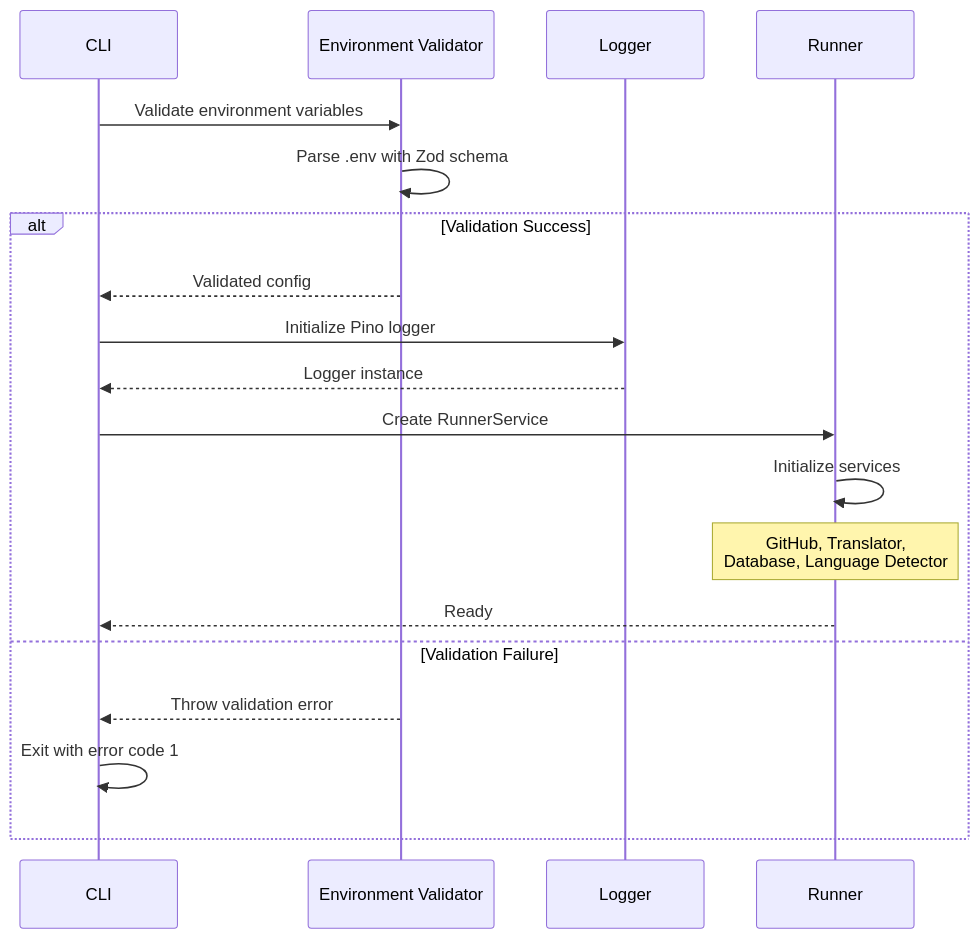
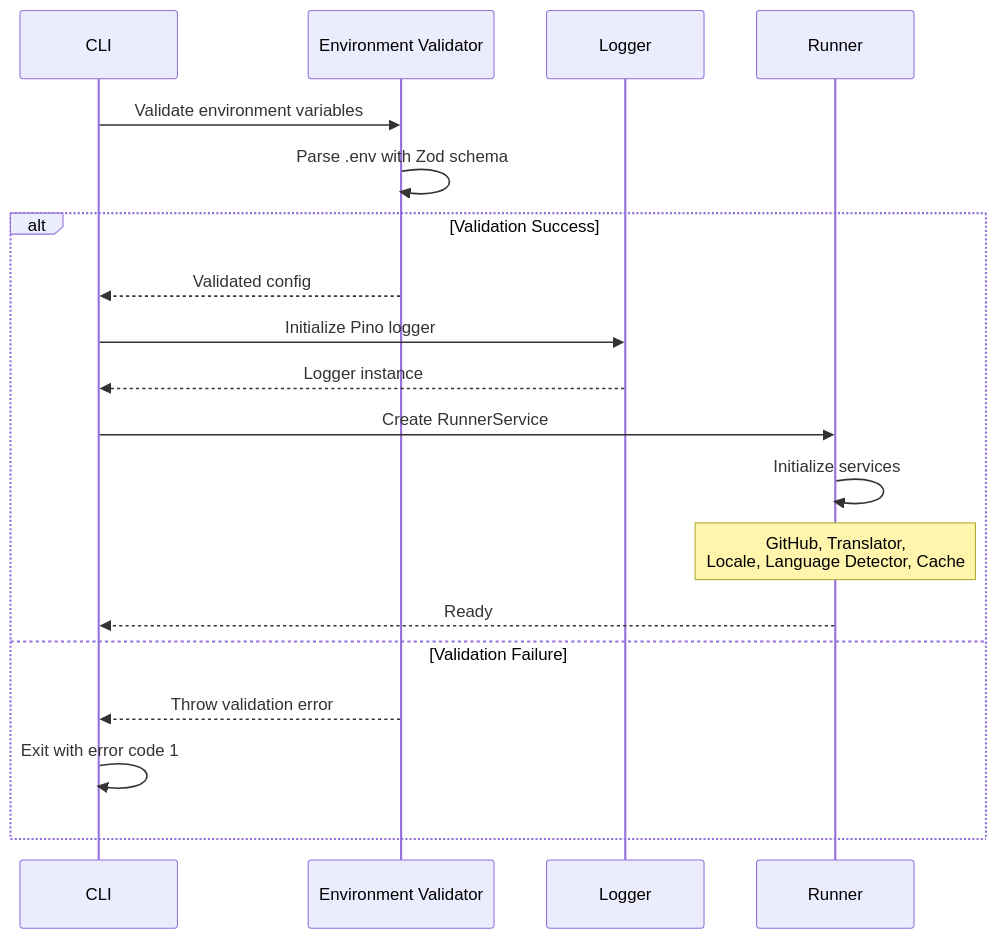
The second of 11 diagrams in docs/WORKFLOW.md (NivaldoFarias/translate-react), drawn with Mermaid before and after one commit. The commit also changed other lines of this file and 6 other files, not shown here.

First line of the commit message:
docs: align `README.md` and architecture docs with current codebase

````diff
--- a/docs/WORKFLOW.md
+++ b/docs/WORKFLOW.md
@@ -91,23 +91,23 @@
 ```mermaid
 sequenceDiagram
     participant CLI
     participant Env as Environment Validator
     participant Logger
     participant Runner
 
     CLI->>Env: Validate environment variables
     Env->>Env: Parse .env with Zod schema
 
     alt Validation Success
         Env-->>CLI: Validated config
         CLI->>Logger: Initialize Pino logger
         Logger-->>CLI: Logger instance
         CLI->>Runner: Create RunnerService
         Runner->>Runner: Initialize services
-        Note over Runner: GitHub, Translator,<br/>Database, Language Detector
+        Note over Runner: GitHub, Translator,<br/>Locale, Language Detector, Cache
         Runner-->>CLI: Ready
     else Validation Failure
         Env-->>CLI: Throw validation error
         CLI->>CLI: Exit with error code 1
     end
 ```
````
